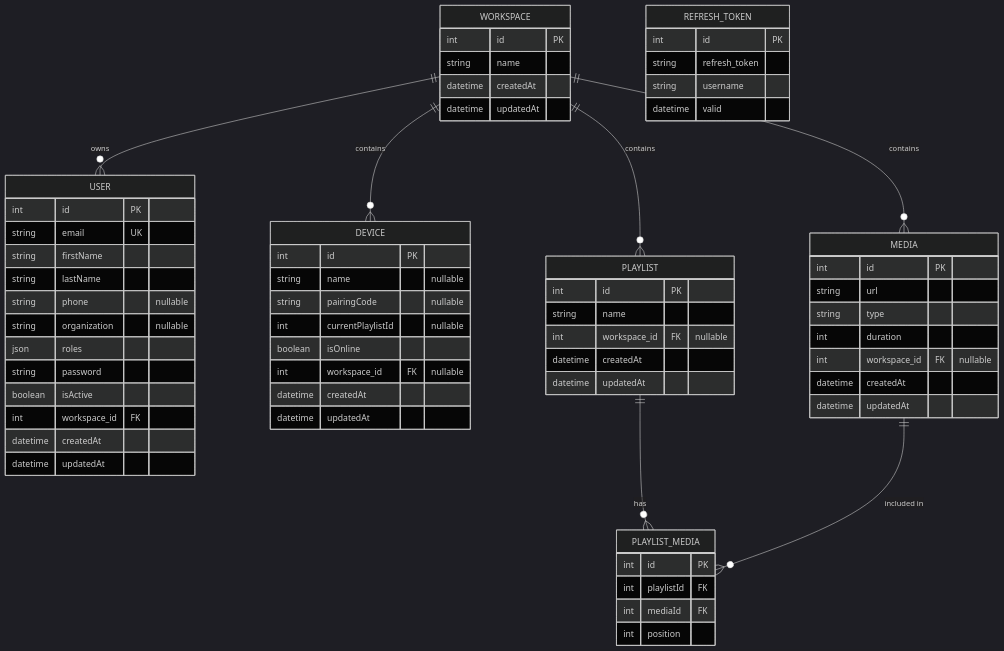
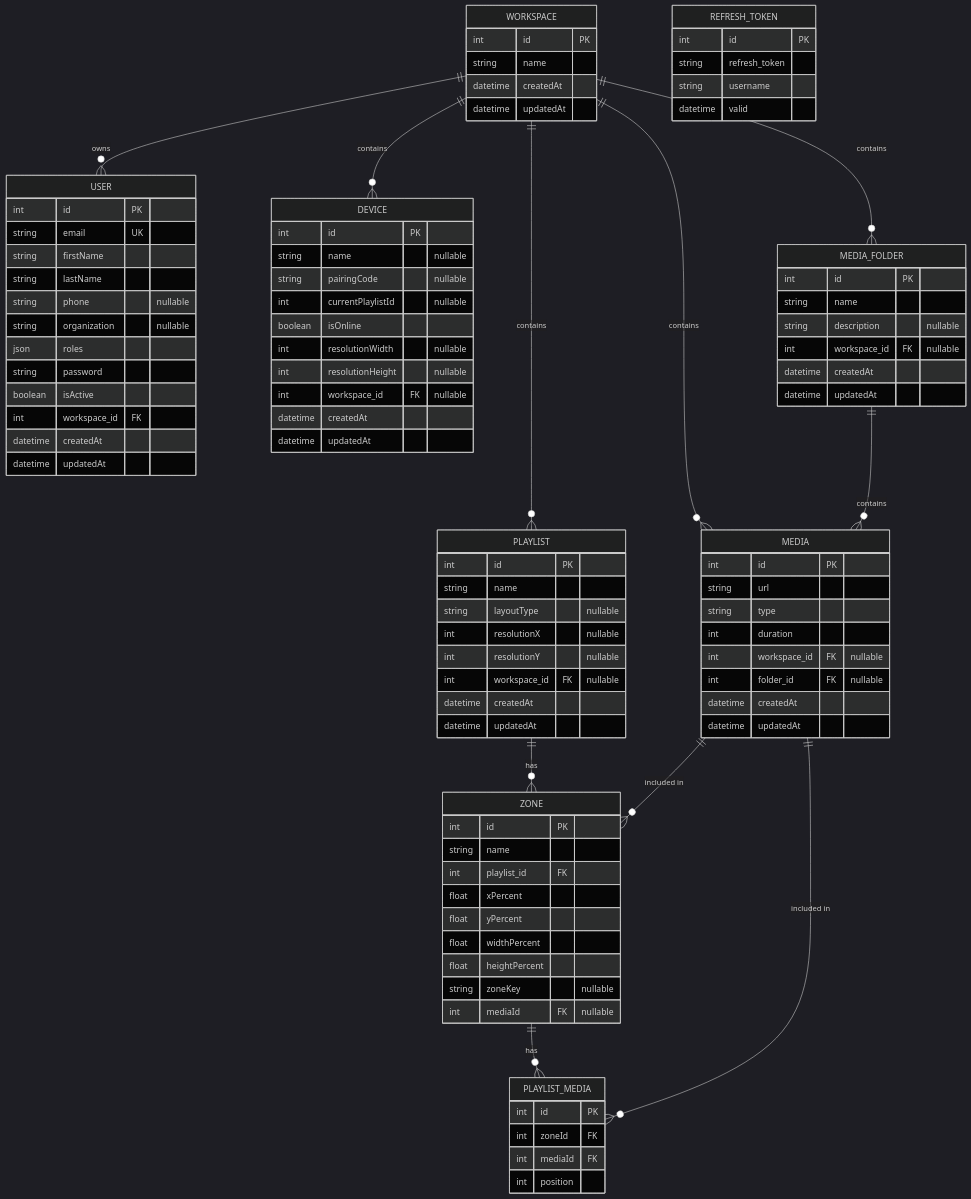
Before and after one commit to Mohammed-Zrirake/Plaisoram: the diagram in Plaisoram_Schema.md, drawn with Mermaid (dark theme). The commit also changed other lines of this file and 1 other file, not shown here.

First line of the commit message:
docs: update project structure and schema documentation for multi-zone layouts

````diff
--- a/Plaisoram_Schema.md
+++ b/Plaisoram_Schema.md
@@ -41,6 +41,17 @@
         string pairingCode "nullable"
         int currentPlaylistId "nullable"
         boolean isOnline
+        int resolutionWidth "nullable"
+        int resolutionHeight "nullable"
+        int workspace_id FK "nullable"
+        datetime createdAt
+        datetime updatedAt
+    }
+
+    MEDIA_FOLDER {
+        int id PK
+        string name
+        string description "nullable"
         int workspace_id FK "nullable"
         datetime createdAt
         datetime updatedAt
@@ -52,6 +63,7 @@
         string type
         int duration
         int workspace_id FK "nullable"
+        int folder_id FK "nullable"
         datetime createdAt
         datetime updatedAt
     }
@@ -59,14 +71,29 @@
     PLAYLIST {
         int id PK
         string name
+        string layoutType "nullable"
+        int resolutionX "nullable"
+        int resolutionY "nullable"
         int workspace_id FK "nullable"
         datetime createdAt
         datetime updatedAt
     }
 
+    ZONE {
+        int id PK
+        string name
+        int playlist_id FK
+        float xPercent
+        float yPercent
+        float widthPercent
+        float heightPercent
+        string zoneKey "nullable"
+        int mediaId FK "nullable"
+    }
+
     PLAYLIST_MEDIA {
         int id PK
-        int playlistId FK
+        int zoneId FK
         int mediaId FK
         int position
     }
@@ -76,7 +103,11 @@
     WORKSPACE ||--o{ DEVICE : "contains"
     WORKSPACE ||--o{ MEDIA : "contains"
     WORKSPACE ||--o{ PLAYLIST : "contains"
+    WORKSPACE ||--o{ MEDIA_FOLDER : "contains"
     
-    PLAYLIST ||--o{ PLAYLIST_MEDIA : "has"
+    MEDIA_FOLDER ||--o{ MEDIA : "contains"
+    PLAYLIST ||--o{ ZONE : "has"
+    ZONE ||--o{ PLAYLIST_MEDIA : "has"
     MEDIA ||--o{ PLAYLIST_MEDIA : "included in"
+    MEDIA ||--o{ ZONE : "included in"
 ```
````
